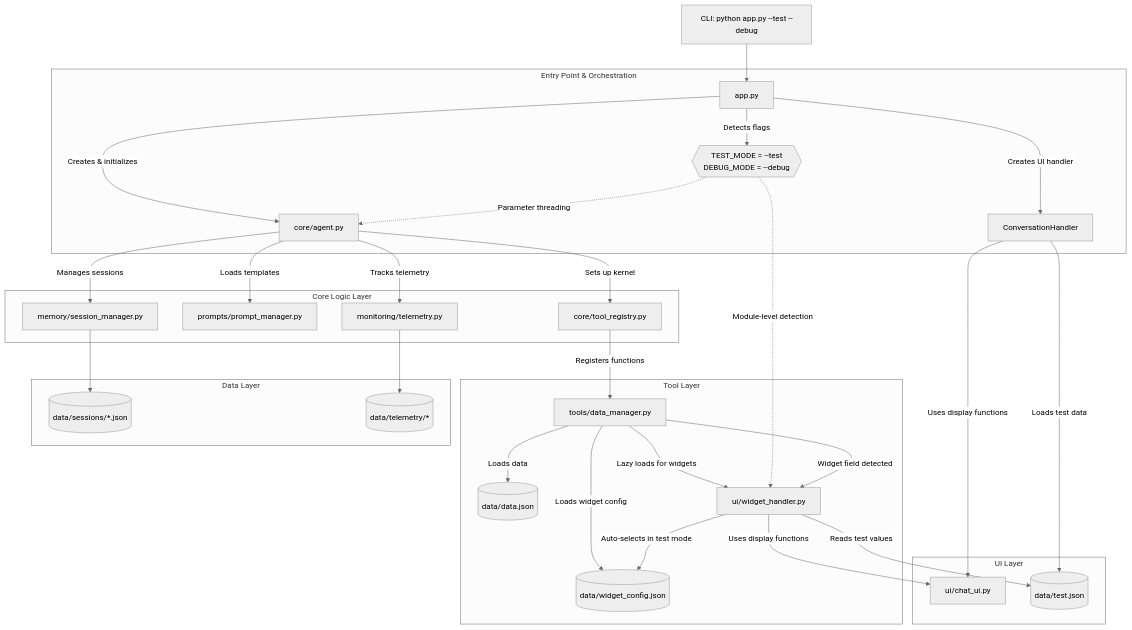
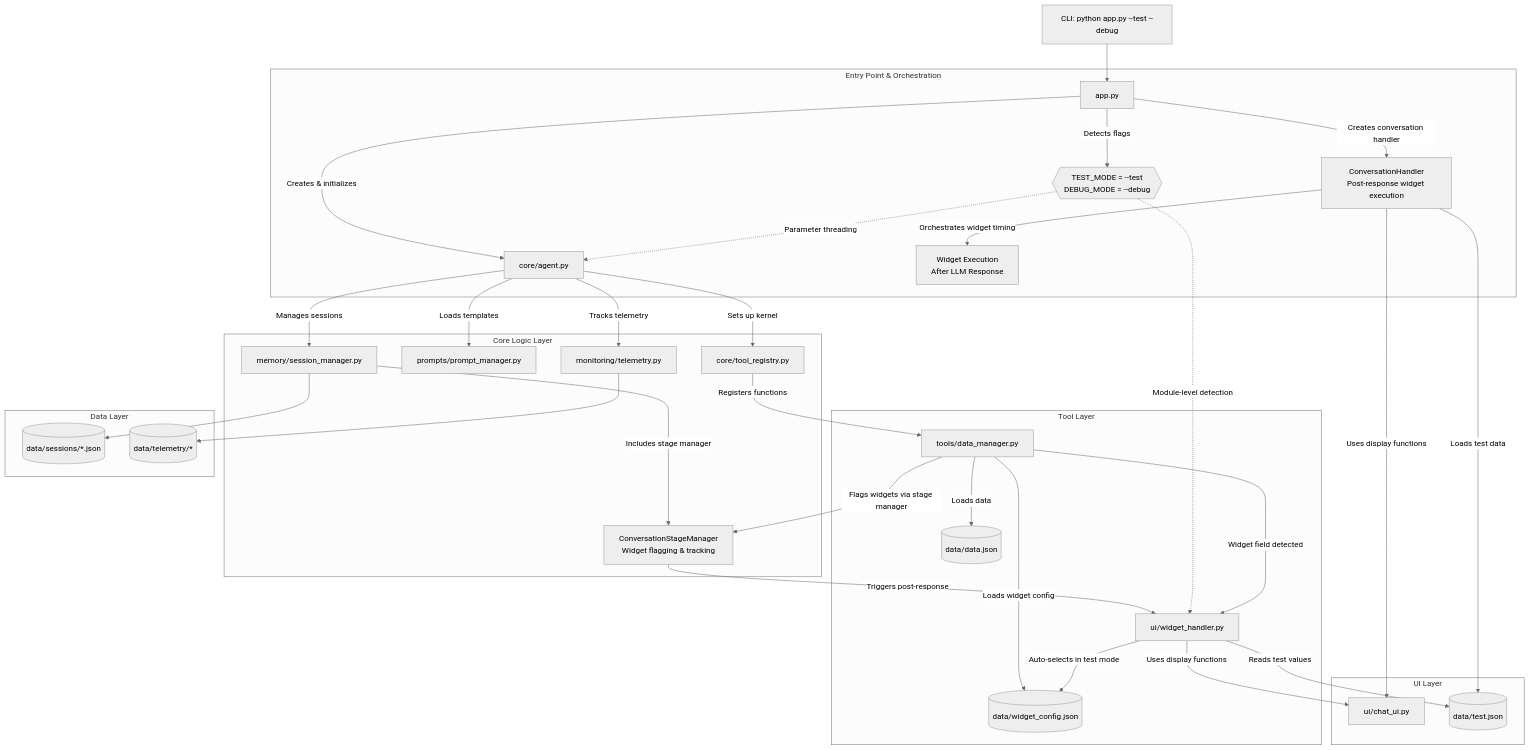
One commit to PoyrazTahan/onboarding_assistant changed the first of 8 diagrams in IMPLEMENTATION_FLOW.md. Above: the diagram before and after it, drawn with Mermaid (neutral theme). The commit also changed other lines of this file and 1 other file, not shown here.

Commit message:
Implementation flow updated

````diff
--- a/IMPLEMENTATION_FLOW.md
+++ b/IMPLEMENTATION_FLOW.md
@@ -9,51 +9,54 @@
 ```mermaid
 graph TD
     CLI[CLI: python app.py --test --debug] --> APP[app.py]
 
     subgraph "Entry Point & Orchestration"
         APP --> |"Creates & initializes"| AGENT[core/agent.py]
-        APP --> |"Creates UI handler"| CONV[ConversationHandler]
+        APP --> |"Creates conversation handler"| CONV[ConversationHandler<br/>Post-response widget execution]
         APP --> |"Detects flags"| FLAGS{{"TEST_MODE = --test<br/>DEBUG_MODE = --debug"}}
+        CONV --> |"Orchestrates widget timing"| WIDGET_EXEC[Widget Execution<br/>After LLM Response]
     end
 
     subgraph "Core Logic Layer"
         AGENT --> |"Sets up kernel"| REGISTRY[core/tool_registry.py]
         AGENT --> |"Loads templates"| PROMPT[prompts/prompt_manager.py]
         AGENT --> |"Manages sessions"| SESSION[memory/session_manager.py]
         AGENT --> |"Tracks telemetry"| TELEMETRY[monitoring/telemetry.py]
+        SESSION --> |"Includes stage manager"| STAGE_MGR[ConversationStageManager<br/>Widget flagging & tracking]
     end
 
     subgraph "Tool Layer"
         REGISTRY --> |"Registers functions"| DATAMGR[tools/data_manager.py]
         DATAMGR --> |"Loads data"| DATA[("data/data.json")]
         DATAMGR --> |"Loads widget config"| WCONFIG[("data/widget_config.json")]
-        DATAMGR --> |"Lazy loads for widgets"| WIDGET[ui/widget_handler.py]
+        DATAMGR --> |"Flags widgets via stage manager"| STAGE_MGR
+        STAGE_MGR --> |"Triggers post-response"| WIDGET[ui/widget_handler.py]
     end
 
     subgraph "UI Layer"
         CONV --> |"Uses display functions"| CHATUI[ui/chat_ui.py]
         WIDGET --> |"Uses display functions"| CHATUI
         CONV --> |"Loads test data"| TESTDATA[("data/test.json")]
     end
 
     subgraph "Data Layer"
         DATA
         WCONFIG
         TESTDATA
         SESSION_FILES[("data/sessions/*.json")]
         TELEMETRY_FILES[("data/telemetry/*")]
     end
 
     %% Mode Detection
     FLAGS -.->|"Module-level detection"| WIDGET
     FLAGS -.->|"Parameter threading"| AGENT
 
     %% Data Flow
     SESSION --> SESSION_FILES
     TELEMETRY --> TELEMETRY_FILES
 
     %% Widget Flow
     DATAMGR -->|"Widget field detected"| WIDGET
     WIDGET -->|"Auto-selects in test mode"| WCONFIG
     WIDGET -->|"Reads test values"| TESTDATA
 ```
````
